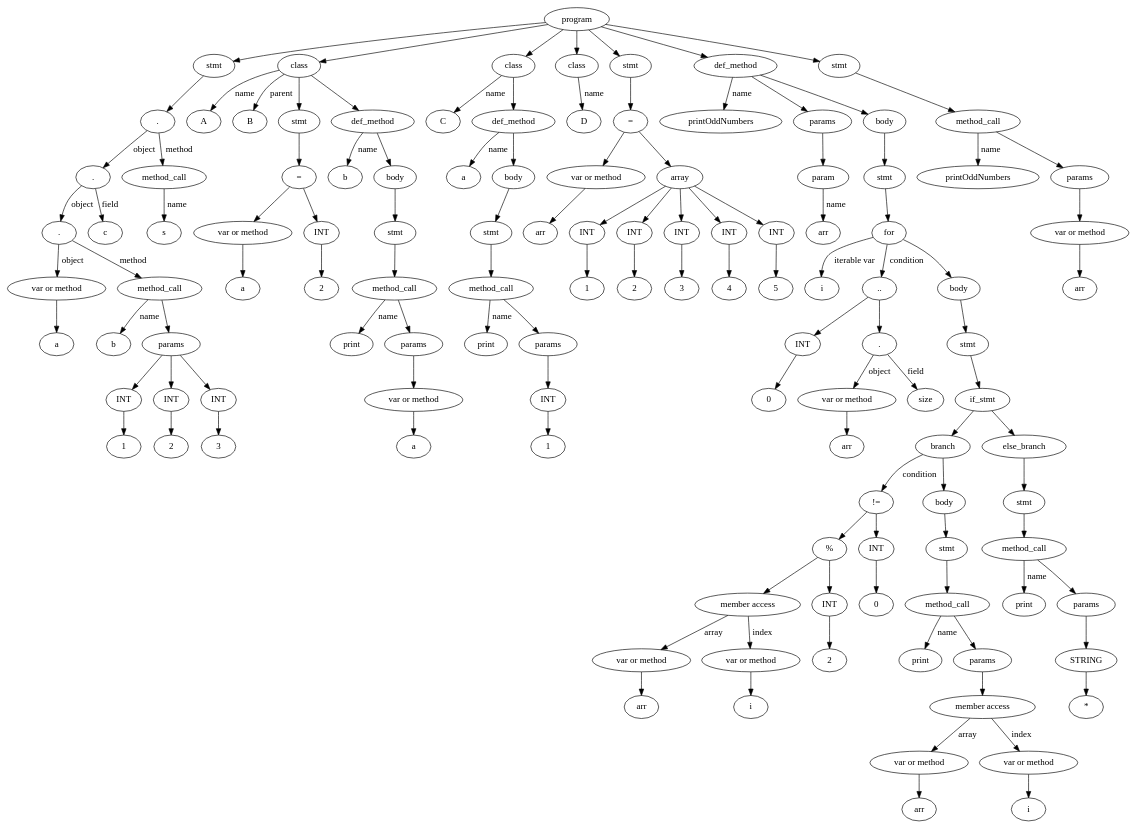
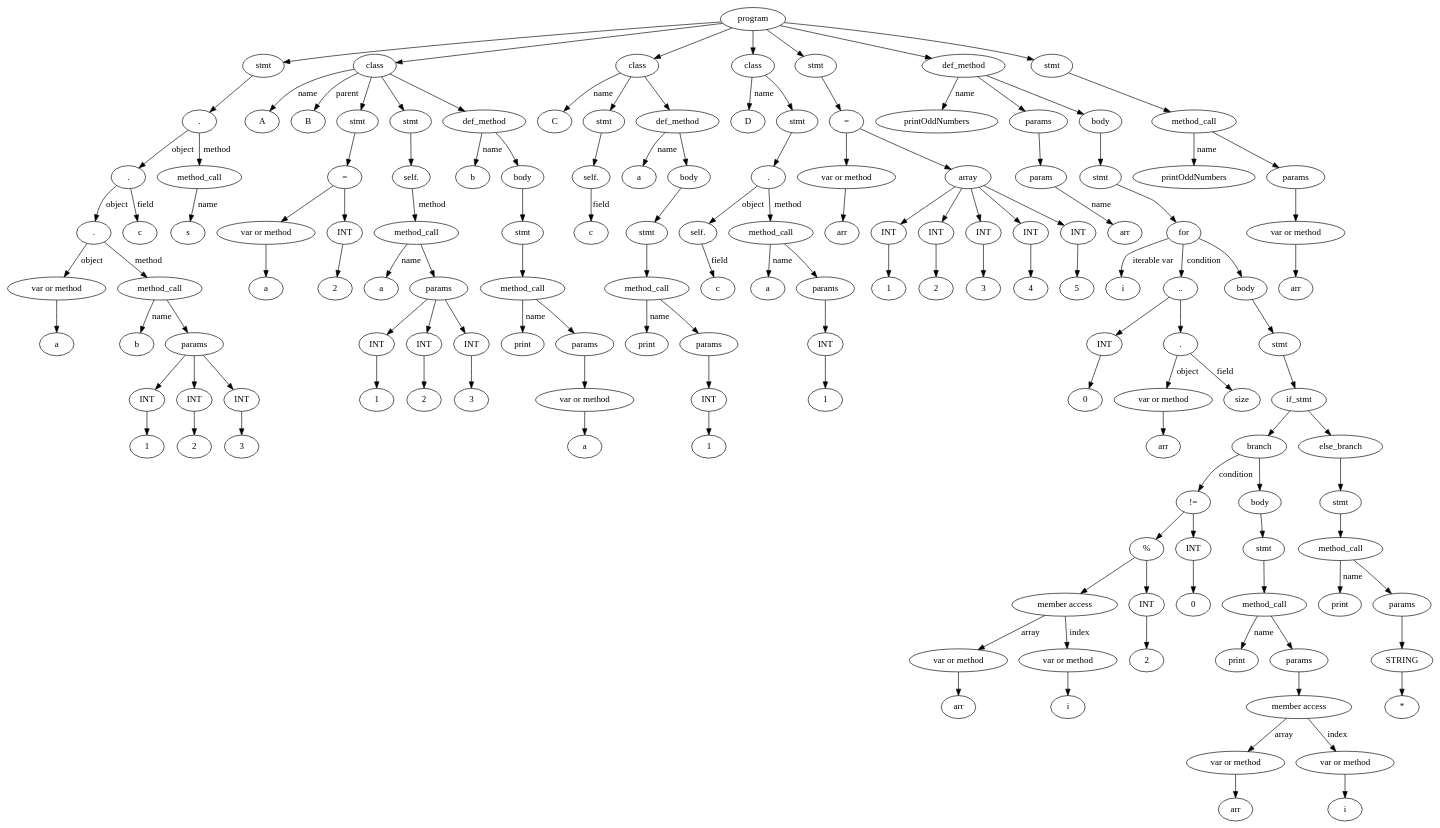
The diagram in RubyCompiler/tree.dot (Kulakov-Nikita/RubyCompiler), drawn with Graphviz before and after one commit. The commit also changed 7 other files, not shown here.

```diff
--- a/RubyCompiler/tree.dot
+++ b/RubyCompiler/tree.dot
@@ -1,235 +1,277 @@
 digraph G {
-Id00EB5488 [label="program"]
-Id00EB25D8 [label="stmt"]
-Id00EB1FE8 [label="."]Id00EB2448 [label="."]Id00EB2538 [label="."]Id00EA50A8 [label="var or method"]
-IdVal00EA50A8 [label="a"]
-Id00EA50A8->IdVal00EA50A8
-Id00EB23A8 [label="method_call"]
-IdMethodNameVal00EB23A8 [label="b"]
-Id00EB23A8->IdMethodNameVal00EB23A8 [label="name"]
-Id00EA50F8 [label="params"]
-Id00EB23A8->Id00EA50F8
-Id00EAC798 [label="INT"]
-IdVal00EAC798 [label="1"]
-Id00EAC798->IdVal00EAC798
-Id00EA50F8->Id00EAC798
-Id00EAC7E8 [label="INT"]
-IdVal00EAC7E8 [label="2"]
-Id00EAC7E8->IdVal00EAC7E8
-Id00EA50F8->Id00EAC7E8
-Id00EB2128 [label="INT"]
-IdVal00EB2128 [label="3"]
-Id00EB2128->IdVal00EB2128
-Id00EA50F8->Id00EB2128
-Id00EB2538->Id00EA50A8 [label = "object"]
-Id00EB2538->Id00EB23A8 [label = "method"]
-Id00EB2448->Id00EB2538 [label = "object"]
-Id00EAC4D8 [label = "c"]
-Id00EB2448->Id00EAC4D8 [label = "field"]
-Id00EB2588 [label="method_call"]
-IdMethodNameVal00EB2588 [label="s"]
-Id00EB2588->IdMethodNameVal00EB2588 [label="name"]
-Id00EB1FE8->Id00EB2448 [label = "object"]
-Id00EB1FE8->Id00EB2588 [label = "method"]
-Id00EB25D8->Id00EB1FE8
-Id00EB5488->Id00EB25D8
-Id00EACA88 [label="class"]
-IdName00EACA88 [label="A"]
-Id00EACA88->IdName00EACA88 [label="name"]
-IdParent00EACA88 [label="B"]
-Id00EACA88->IdParent00EACA88 [label="parent"]
-Id00EB22B8 [label="stmt"]
-Id00EB1F48 [label="="]
-Id00EB2178 [label="var or method"]
-IdVal00EB2178 [label="a"]
-Id00EB2178->IdVal00EB2178
-Id00EB21C8 [label="INT"]
-IdVal00EB21C8 [label="2"]
-Id00EB21C8->IdVal00EB21C8
-Id00EB1F48->Id00EB2178
-Id00EB1F48->Id00EB21C8
-Id00EB22B8->Id00EB1F48
-Id00EACA88->Id00EB22B8
-Id00EAC9D0 [label="def_method"]
-IdName00EAC9D0 [label="b"]
-Id00EAC9D0->IdName00EAC9D0 [label = "name"]
-Id00EAC998 [label="body"]
-Id00EB2358 [label="stmt"]
-Id00EB2308 [label="method_call"]
-IdMethodNameVal00EB2308 [label="print"]
-Id00EB2308->IdMethodNameVal00EB2308 [label="name"]
-Id00EAC960 [label="params"]
-Id00EB2308->Id00EAC960
-Id00EB1EF8 [label="var or method"]
-IdVal00EB1EF8 [label="a"]
-Id00EB1EF8->IdVal00EB1EF8
-Id00EAC960->Id00EB1EF8
-Id00EB2358->Id00EB2308
-Id00EAC998->Id00EB2358
-Id00EAC9D0->Id00EAC998
-Id00EACA88->Id00EAC9D0
-Id00EB5488->Id00EACA88
-Id00EB3AB0 [label="class"]
-IdName00EB3AB0 [label="C"]
-Id00EB3AB0->IdName00EB3AB0 [label="name"]
-Id00EB38F0 [label="def_method"]
-IdName00EB38F0 [label="a"]
-Id00EB38F0->IdName00EB38F0 [label = "name"]
-Id00EB3A40 [label="body"]
-Id00EB2038 [label="stmt"]
-Id00EB2678 [label="method_call"]
-IdMethodNameVal00EB2678 [label="print"]
-Id00EB2678->IdMethodNameVal00EB2678 [label="name"]
-Id00EB3960 [label="params"]
-Id00EB2678->Id00EB3960
-Id00EB2628 [label="INT"]
-IdVal00EB2628 [label="1"]
-Id00EB2628->IdVal00EB2628
-Id00EB3960->Id00EB2628
-Id00EB2038->Id00EB2678
-Id00EB3A40->Id00EB2038
-Id00EB38F0->Id00EB3A40
-Id00EB3AB0->Id00EB38F0
-Id00EB5488->Id00EB3AB0
-Id00EB3998 [label="class"]
-IdName00EB3998 [label="D"]
-Id00EB3998->IdName00EB3998 [label="name"]
-Id00EB5488->Id00EB3998
-Id00EB4868 [label="stmt"]
-Id00EB24E8 [label="="]
-Id00EB2218 [label="var or method"]
-IdVal00EB2218 [label="arr"]
-Id00EB2218->IdVal00EB2218
-Id00EB2498 [label = "array"]
-Id00EB1F98 [label="INT"]
-IdVal00EB1F98 [label="1"]
-Id00EB1F98->IdVal00EB1F98
-Id00EB2498->Id00EB1F98
-Id00EB2088 [label="INT"]
-IdVal00EB2088 [label="2"]
-Id00EB2088->IdVal00EB2088
-Id00EB2498->Id00EB2088
-Id00EB23F8 [label="INT"]
-IdVal00EB23F8 [label="3"]
-Id00EB23F8->IdVal00EB23F8
-Id00EB2498->Id00EB23F8
-Id00EB20D8 [label="INT"]
-IdVal00EB20D8 [label="4"]
-Id00EB20D8->IdVal00EB20D8
-Id00EB2498->Id00EB20D8
-Id00EB2268 [label="INT"]
-IdVal00EB2268 [label="5"]
-Id00EB2268->IdVal00EB2268
-Id00EB2498->Id00EB2268
-Id00EB24E8->Id00EB2218
-Id00EB24E8->Id00EB2498
-Id00EB4868->Id00EB24E8
-Id00EB5488->Id00EB4868
-Id00EB5EF8 [label="def_method"]
-IdName00EB5EF8 [label="printOddNumbers"]
-Id00EB5EF8->IdName00EB5EF8 [label = "name"]
-Id00EB3A08 [label="params"]
-Id00EB3810 [label="param"]
-Id00EB3A08->Id00EB3810
-IdNameVal00EB3810 [label="arr"]
-Id00EB3810->IdNameVal00EB3810 [label="name"]
-Id00EB5EF8->Id00EB3A08
-Id00EB5E88 [label="body"]
-Id00EB3EB8 [label="stmt"]
-Id00EB5DA8 [label="for"]
-IdItersName00EB5DA8 [label="i"]
-Id00EB5DA8->IdItersName00EB5DA8  [label="iterable var"]
-Id00EB4B88 [label=".."]
-Id00EB48B8 [label="INT"]
-IdVal00EB48B8 [label="0"]
-Id00EB48B8->IdVal00EB48B8
-Id00EB4638 [label="."]Id00EB4908 [label="var or method"]
-IdVal00EB4908 [label="arr"]
-Id00EB4908->IdVal00EB4908
-Id00EB4638->Id00EB4908 [label = "object"]
-Id00EB38B8 [label = "size"]
-Id00EB4638->Id00EB38B8 [label = "field"]
-Id00EB4B88->Id00EB48B8
-Id00EB4B88->Id00EB4638
-Id00EB5DA8->Id00EB4B88  [label="condition"]
-IdBody00EB5DA8 [label="body"]
-Id00EB3F58 [label="stmt"]
-Id00EB5EC0 [label="if_stmt"]
-Id00EB37D8 [label="branch"]
-Id00EB4A48 [label="!="]
-Id00EB49F8 [label="%"]
-Id00EB4958 [label = "member access"]
-Id00EB4B38 [label="var or method"]
-IdVal00EB4B38 [label="arr"]
-Id00EB4B38->IdVal00EB4B38
-Id00EB4728 [label="var or method"]
-IdVal00EB4728 [label="i"]
-Id00EB4728->IdVal00EB4728
-Id00EB4958->Id00EB4B38 [label = "array"]
-Id00EB4958->Id00EB4728 [label = "index"]
-Id00EB49A8 [label="INT"]
-IdVal00EB49A8 [label="2"]
-Id00EB49A8->IdVal00EB49A8
-Id00EB49F8->Id00EB4958
-Id00EB49F8->Id00EB49A8
-Id00EB4688 [label="INT"]
-IdVal00EB4688 [label="0"]
-Id00EB4688->IdVal00EB4688
-Id00EB4A48->Id00EB49F8
-Id00EB4A48->Id00EB4688
-Id00EB37D8->Id00EB4A48  [label="condition"]
-IdBody00EB37D8 [label="body"]
-Id00EB46D8 [label="stmt"]
-Id00EB4818 [label="method_call"]
-IdMethodNameVal00EB4818 [label="print"]
-Id00EB4818->IdMethodNameVal00EB4818 [label="name"]
-Id00EB3768 [label="params"]
-Id00EB4818->Id00EB3768
-Id00EB4AE8 [label = "member access"]
-Id00EB47C8 [label="var or method"]
-IdVal00EB47C8 [label="arr"]
-Id00EB47C8->IdVal00EB47C8
-Id00EB4A98 [label="var or method"]
-IdVal00EB4A98 [label="i"]
-Id00EB4A98->IdVal00EB4A98
-Id00EB4AE8->Id00EB47C8 [label = "array"]
-Id00EB4AE8->Id00EB4A98 [label = "index"]
-Id00EB3768->Id00EB4AE8
-Id00EB46D8->Id00EB4818
-IdBody00EB37D8->Id00EB46D8
-Id00EB37D8->IdBody00EB37D8
-Id00EB5EC0->Id00EB37D8
-IdElse00EB3928 [label="else_branch"]
-Id00EB4228 [label="stmt"]
-Id00EB3E68 [label="method_call"]
-IdMethodNameVal00EB3E68 [label="print"]
-Id00EB3E68->IdMethodNameVal00EB3E68 [label="name"]
-Id00EB3880 [label="params"]
-Id00EB3E68->Id00EB3880
-Id00EB4778 [label="STRING"]
-IdVal00EB4778 [label="*"]
-Id00EB4778->IdVal00EB4778
-Id00EB3880->Id00EB4778
-Id00EB4228->Id00EB3E68
-IdElse00EB3928->Id00EB4228
-Id00EB5EC0->IdElse00EB3928
-Id00EB3F58->Id00EB5EC0
-IdBody00EB5DA8->Id00EB3F58
-Id00EB5DA8->IdBody00EB5DA8
-Id00EB3EB8->Id00EB5DA8
-Id00EB5E88->Id00EB3EB8
-Id00EB5EF8->Id00EB5E88
-Id00EB5488->Id00EB5EF8
-Id00EB4318 [label="stmt"]
-Id00EB3FA8 [label="method_call"]
-IdMethodNameVal00EB3FA8 [label="printOddNumbers"]
-Id00EB3FA8->IdMethodNameVal00EB3FA8 [label="name"]
-Id00EB5DE0 [label="params"]
-Id00EB3FA8->Id00EB5DE0
-Id00EB4278 [label="var or method"]
-IdVal00EB4278 [label="arr"]
-Id00EB4278->IdVal00EB4278
-Id00EB5DE0->Id00EB4278
-Id00EB4318->Id00EB3FA8
-Id00EB5488->Id00EB4318
+Id01333E28 [label="program"]
+Id01333258 [label="stmt"]
+Id01333208 [label="."]Id01333438 [label="."]Id013331B8 [label="."]Id01333038 [label="var or method"]
+IdVal01333038 [label="a"]
+Id01333038->IdVal01333038
+Id01333578 [label="method_call"]
+IdMethodNameVal01333578 [label="b"]
+Id01333578->IdMethodNameVal01333578 [label="name"]
+Id01333108 [label="params"]
+Id01333578->Id01333108
+Id013330B8 [label="INT"]
+IdVal013330B8 [label="1"]
+Id013330B8->IdVal013330B8
+Id01333108->Id013330B8
+Id01333140 [label="INT"]
+IdVal01333140 [label="2"]
+Id01333140->IdVal01333140
+Id01333108->Id01333140
+Id01333848 [label="INT"]
+IdVal01333848 [label="3"]
+Id01333848->IdVal01333848
+Id01333108->Id01333848
+Id013331B8->Id01333038 [label = "object"]
+Id013331B8->Id01333578 [label = "method"]
+Id01333438->Id013331B8 [label = "object"]
+Id0132DCB0 [label = "c"]
+Id01333438->Id0132DCB0 [label = "field"]
+Id01333348 [label="method_call"]
+IdMethodNameVal01333348 [label="s"]
+Id01333348->IdMethodNameVal01333348 [label="name"]
+Id01333208->Id01333438 [label = "object"]
+Id01333208->Id01333348 [label = "method"]
+Id01333258->Id01333208
+Id01333E28->Id01333258
+Id01333C78 [label="class"]
+IdName01333C78 [label="A"]
+Id01333C78->IdName01333C78 [label="name"]
+IdParent01333C78 [label="B"]
+Id01333C78->IdParent01333C78 [label="parent"]
+Id01333708 [label="stmt"]
+Id013338E8 [label="="]
+Id013332A8 [label="var or method"]
+IdVal013332A8 [label="a"]
+Id013332A8->IdVal013332A8
+Id01333898 [label="INT"]
+IdVal01333898 [label="2"]
+Id01333898->IdVal01333898
+Id013338E8->Id013332A8
+Id013338E8->Id01333898
+Id01333708->Id013338E8
+Id01333C78->Id01333708
+Id01333618 [label="stmt"]
+Id013332F8 [label="self."]Id01333758 [label="method_call"]
+IdMethodNameVal01333758 [label="a"]
+Id01333758->IdMethodNameVal01333758 [label="name"]
+Id01333A40 [label="params"]
+Id01333758->Id01333A40
+Id013335C8 [label="INT"]
+IdVal013335C8 [label="1"]
+Id013335C8->IdVal013335C8
+Id01333A40->Id013335C8
+Id01333488 [label="INT"]
+IdVal01333488 [label="2"]
+Id01333488->IdVal01333488
+Id01333A40->Id01333488
+Id013337A8 [label="INT"]
+IdVal013337A8 [label="3"]
+Id013337A8->IdVal013337A8
+Id01333A40->Id013337A8
+Id013332F8->Id01333758 [label = "method"]
+Id01333618->Id013332F8
+Id01333C78->Id01333618
+Id01333BC0 [label="def_method"]
+IdName01333BC0 [label="b"]
+Id01333BC0->IdName01333BC0 [label = "name"]
+Id01333B88 [label="body"]
+Id01333398 [label="stmt"]
+Id01333938 [label="method_call"]
+IdMethodNameVal01333938 [label="print"]
+Id01333938->IdMethodNameVal01333938 [label="name"]
+Id01333B50 [label="params"]
+Id01333938->Id01333B50
+Id013337F8 [label="var or method"]
+IdVal013337F8 [label="a"]
+Id013337F8->IdVal013337F8
+Id01333B50->Id013337F8
+Id01333398->Id01333938
+Id01333B88->Id01333398
+Id01333BC0->Id01333B88
+Id01333C78->Id01333BC0
+Id01333E28->Id01333C78
+Id013343F0 [label="class"]
+IdName013343F0 [label="C"]
+Id013343F0->IdName013343F0 [label="name"]
+Id013334D8 [label="stmt"]
+Id013333E8 [label="self."]Id01333E58 [label = "c"]
+Id013333E8->Id01333E58 [label = "field"]
+Id013334D8->Id013333E8
+Id013343F0->Id013334D8
+Id013343B8 [label="def_method"]
+IdName013343B8 [label="a"]
+Id013343B8->IdName013343B8 [label = "name"]
+Id013341F8 [label="body"]
+Id013336B8 [label="stmt"]
+Id01333528 [label="method_call"]
+IdMethodNameVal01333528 [label="print"]
+Id01333528->IdMethodNameVal01333528 [label="name"]
+Id013344D0 [label="params"]
+Id01333528->Id013344D0
+Id01333668 [label="INT"]
+IdVal01333668 [label="1"]
+Id01333668->IdVal01333668
+Id013344D0->Id01333668
+Id013336B8->Id01333528
+Id013341F8->Id013336B8
+Id013343B8->Id013341F8
+Id013343F0->Id013343B8
+Id01333E28->Id013343F0
+Id01334188 [label="class"]
+IdName01334188 [label="D"]
+Id01334188->IdName01334188 [label="name"]
+Id01334CC0 [label="stmt"]
+Id013347C0 [label="."]Id01334BD0 [label="self."]Id01334068 [label = "c"]
+Id01334BD0->Id01334068 [label = "field"]
+Id01334810 [label="method_call"]
+IdMethodNameVal01334810 [label="a"]
+Id01334810->IdMethodNameVal01334810 [label="name"]
+Id013342A0 [label="params"]
+Id01334810->Id013342A0
+Id01334C20 [label="INT"]
+IdVal01334C20 [label="1"]
+Id01334C20->IdVal01334C20
+Id013342A0->Id01334C20
+Id013347C0->Id01334BD0 [label = "object"]
+Id013347C0->Id01334810 [label = "method"]
+Id01334CC0->Id013347C0
+Id01334188->Id01334CC0
+Id01333E28->Id01334188
+Id01334EF0 [label="stmt"]
+Id01334E00 [label="="]
+Id01334F40 [label="var or method"]
+IdVal01334F40 [label="arr"]
+Id01334F40->IdVal01334F40
+Id01334A90 [label = "array"]
+Id01334C70 [label="INT"]
+IdVal01334C70 [label="1"]
+Id01334C70->IdVal01334C70
+Id01334A90->Id01334C70
+Id01334860 [label="INT"]
+IdVal01334860 [label="2"]
+Id01334860->IdVal01334860
+Id01334A90->Id01334860
+Id013348B0 [label="INT"]
+IdVal013348B0 [label="3"]
+Id013348B0->IdVal013348B0
+Id01334A90->Id013348B0
+Id01334DB0 [label="INT"]
+IdVal01334DB0 [label="4"]
+Id01334DB0->IdVal01334DB0
+Id01334A90->Id01334DB0
+Id01334900 [label="INT"]
+IdVal01334900 [label="5"]
+Id01334900->IdVal01334900
+Id01334A90->Id01334900
+Id01334E00->Id01334F40
+Id01334E00->Id01334A90
+Id01334EF0->Id01334E00
+Id01333E28->Id01334EF0
+Id01336370 [label="def_method"]
+IdName01336370 [label="printOddNumbers"]
+Id01336370->IdName01336370 [label = "name"]
+Id01334498 [label="params"]
+Id01334460 [label="param"]
+Id01334498->Id01334460
+IdNameVal01334460 [label="arr"]
+Id01334460->IdNameVal01334460 [label="name"]
+Id01336370->Id01334498
+Id01336338 [label="body"]
+Id013353A0 [label="stmt"]
+Id013364F8 [label="for"]
+IdItersName013364F8 [label="i"]
+Id013364F8->IdItersName013364F8  [label="iterable var"]
+Id01334D10 [label=".."]
+Id01334950 [label="INT"]
+IdVal01334950 [label="0"]
+Id01334950->IdVal01334950
+Id01334AE0 [label="."]Id013349A0 [label="var or method"]
+IdVal013349A0 [label="arr"]
+Id013349A0->IdVal013349A0
+Id01334AE0->Id013349A0 [label = "object"]
+Id01334268 [label = "size"]
+Id01334AE0->Id01334268 [label = "field"]
+Id01334D10->Id01334950
+Id01334D10->Id01334AE0
+Id013364F8->Id01334D10  [label="condition"]
+IdBody013364F8 [label="body"]
+Id01335300 [label="stmt"]
+Id01335E68 [label="if_stmt"]
+Id01334348 [label="branch"]
+Id01334F90 [label="!="]
+Id01334630 [label="%"]
+Id01334EA0 [label = "member access"]
+Id01334D60 [label="var or method"]
+IdVal01334D60 [label="arr"]
+Id01334D60->IdVal01334D60
+Id01334E50 [label="var or method"]
+IdVal01334E50 [label="i"]
+Id01334E50->IdVal01334E50
+Id01334EA0->Id01334D60 [label = "array"]
+Id01334EA0->Id01334E50 [label = "index"]
+Id01334B30 [label="INT"]
+IdVal01334B30 [label="2"]
+Id01334B30->IdVal01334B30
+Id01334630->Id01334EA0
+Id01334630->Id01334B30
+Id01334680 [label="INT"]
+IdVal01334680 [label="0"]
+Id01334680->IdVal01334680
+Id01334F90->Id01334630
+Id01334F90->Id01334680
+Id01334348->Id01334F90  [label="condition"]
+IdBody01334348 [label="body"]
+Id013349F0 [label="stmt"]
+Id01334720 [label="method_call"]
+IdMethodNameVal01334720 [label="print"]
+Id01334720->IdMethodNameVal01334720 [label="name"]
+Id013342D8 [label="params"]
+Id01334720->Id013342D8
+Id013346D0 [label = "member access"]
+Id01334B80 [label="var or method"]
+IdVal01334B80 [label="arr"]
+Id01334B80->IdVal01334B80
+Id013345E0 [label="var or method"]
+IdVal013345E0 [label="i"]
+Id013345E0->IdVal013345E0
+Id013346D0->Id01334B80 [label = "array"]
+Id013346D0->Id013345E0 [label = "index"]
+Id013342D8->Id013346D0
+Id013349F0->Id01334720
+IdBody01334348->Id013349F0
+Id01334348->IdBody01334348
+Id01335E68->Id01334348
+IdElse013365A0 [label="else_branch"]
+Id01334FE0 [label="stmt"]
+Id01334770 [label="method_call"]
+IdMethodNameVal01334770 [label="print"]
+Id01334770->IdMethodNameVal01334770 [label="name"]
+Id01336530 [label="params"]
+Id01334770->Id01336530
+Id01334A40 [label="STRING"]
+IdVal01334A40 [label="*"]
+Id01334A40->IdVal01334A40
+Id01336530->Id01334A40
+Id01334FE0->Id01334770
+IdElse013365A0->Id01334FE0
+Id01335E68->IdElse013365A0
+Id01335300->Id01335E68
+IdBody013364F8->Id01335300
+Id013364F8->IdBody013364F8
+Id013353A0->Id013364F8
+Id01336338->Id013353A0
+Id01336370->Id01336338
+Id01333E28->Id01336370
+Id013354E0 [label="stmt"]
+Id01335440 [label="method_call"]
+IdMethodNameVal01335440 [label="printOddNumbers"]
+Id01335440->IdMethodNameVal01335440 [label="name"]
+Id01335E30 [label="params"]
+Id01335440->Id01335E30
+Id013353F0 [label="var or method"]
+IdVal013353F0 [label="arr"]
+Id013353F0->IdVal013353F0
+Id01335E30->Id013353F0
+Id013354E0->Id01335440
+Id01333E28->Id013354E0
 }
```
